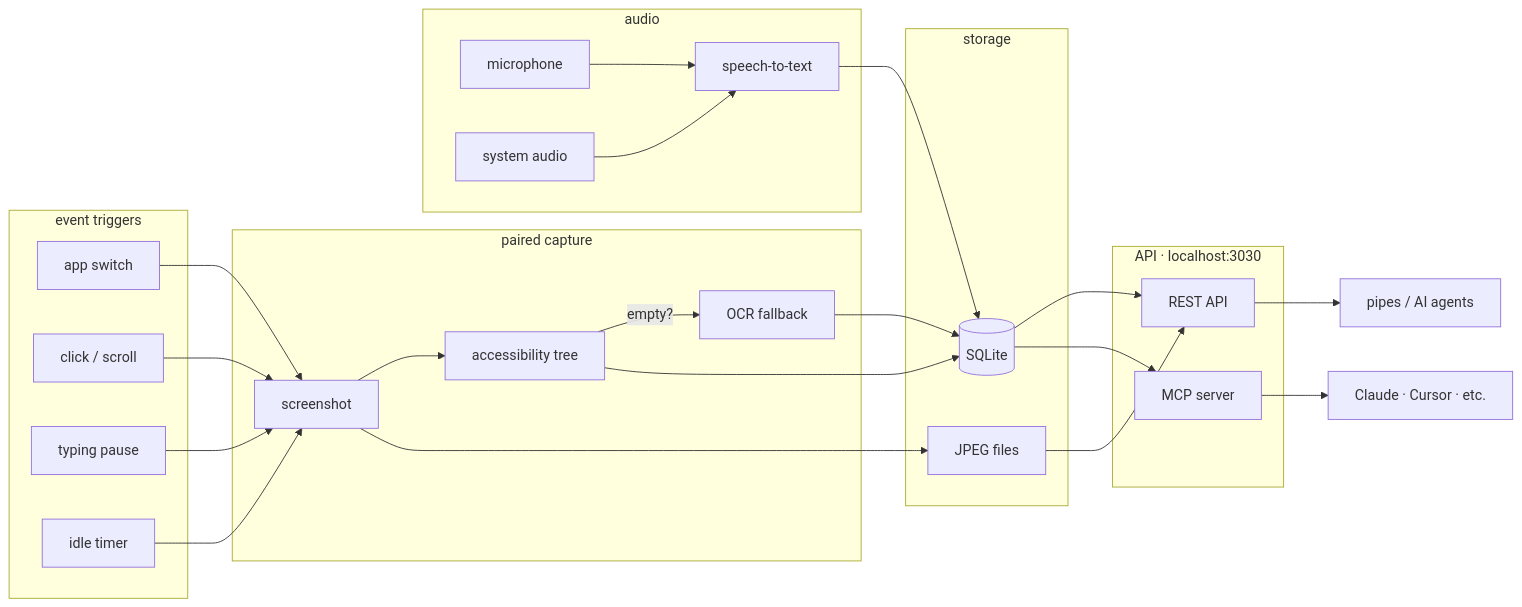
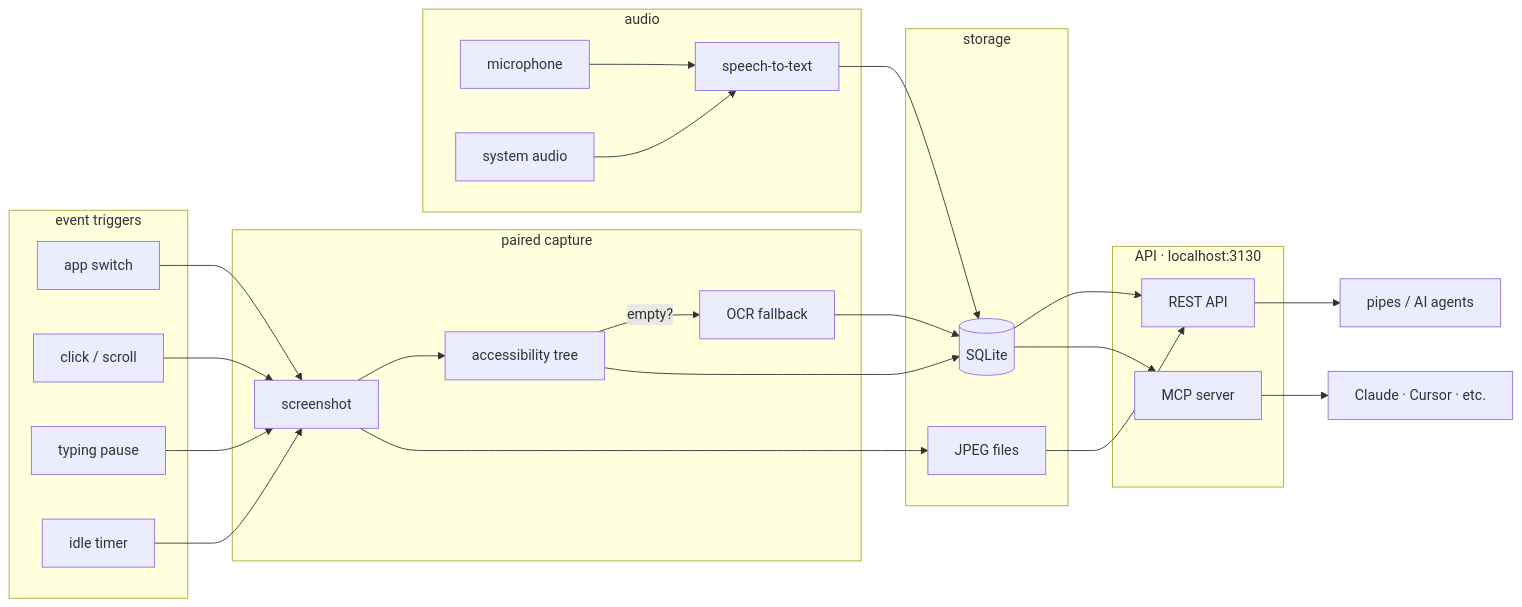
One commit to Samuel-Harris/screen-sentinel changed the first of 4 diagrams in docs/mintlify/docs-mintlify-mig-tmp/architecture.mdx. Above: the diagram before and after it, drawn with Mermaid. The commit also changed other lines of this file and 1573 other files, not shown here.

````diff
--- a/docs/mintlify/docs-mintlify-mig-tmp/architecture.mdx
+++ b/docs/mintlify/docs-mintlify-mig-tmp/architecture.mdx
@@ -12,47 +12,47 @@
 ```mermaid
 graph LR
     subgraph trigger["event triggers"]
         E1[app switch]
         E2[click / scroll]
         E3[typing pause]
         E4[idle timer]
     end
 
     subgraph capture["paired capture"]
         SS[screenshot]
         A11Y[accessibility tree]
         OCR[OCR fallback]
     end
 
     subgraph audio["audio"]
         MIC[microphone]
         SYS[system audio]
         STT[speech-to-text]
     end
 
     subgraph store["storage"]
         DB[(SQLite)]
         FS[JPEG files]
     end
 
-    subgraph serve["API · localhost:3030"]
+    subgraph serve["API · localhost:3130"]
         REST[REST API]
         MCP[MCP server]
     end
 
     E1 & E2 & E3 & E4 --> SS
     SS --> A11Y
     A11Y -->|empty?| OCR
     A11Y --> DB
     OCR --> DB
     SS --> FS
 
     MIC & SYS --> STT --> DB
 
     DB --> REST
     DB --> MCP
     FS --> REST
 
     REST --> P[pipes / AI agents]
     MCP --> AI[Claude · Cursor · etc.]
 ```
````
